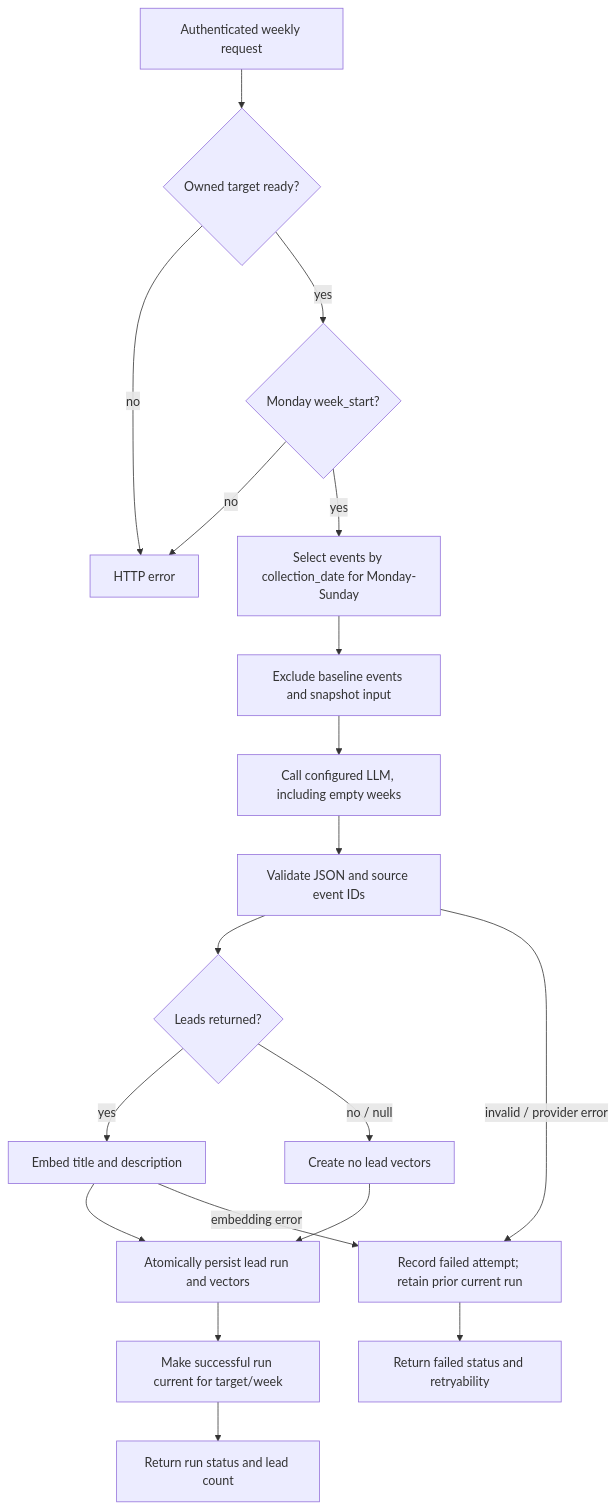
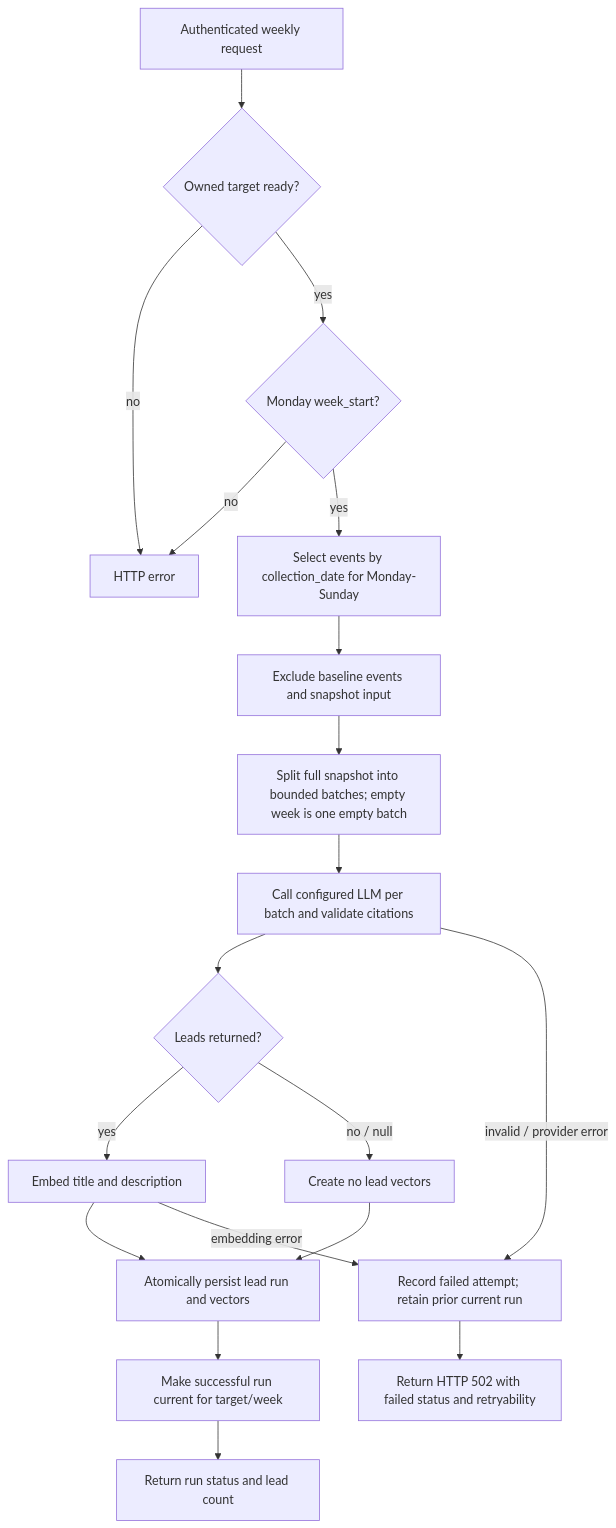
Before and after one commit to GoLu-Jii/RAVN: the third of 4 diagrams in docs/SYSTEM_DESIGN.md, drawn with Mermaid. The commit also changed other lines of this file and 17 other files, not shown here.

````diff
--- a/docs/SYSTEM_DESIGN.md
+++ b/docs/SYSTEM_DESIGN.md
@@ -144,21 +144,21 @@
 ```mermaid
 flowchart TD
     A[Authenticated weekly request] --> B{Owned target ready?}
     B -- no --> X[HTTP error]
     B -- yes --> C{Monday week_start?}
     C -- no --> X
     C -- yes --> D[Select events by collection_date for Monday-Sunday]
     D --> E[Exclude baseline events and snapshot input]
-    E --> F[Call configured LLM, including empty weeks]
-    F --> G[Validate JSON and source event IDs]
+    E --> F[Split full snapshot into bounded batches; empty week is one empty batch]
+    F --> G[Call configured LLM per batch and validate citations]
     G --> H{Leads returned?}
     H -- yes --> I[Embed title and description]
     H -- no / null --> J[Create no lead vectors]
     I --> K[Atomically persist lead run and vectors]
     J --> K
     K --> L[Make successful run current for target/week]
     G -- invalid / provider error --> Z[Record failed attempt; retain prior current run]
     I -- embedding error --> Z
     L --> M[Return run status and lead count]
-    Z --> N[Return failed status and retryability]
+    Z --> N[Return HTTP 502 with failed status and retryability]
 ```
````
